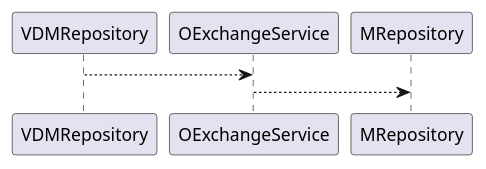
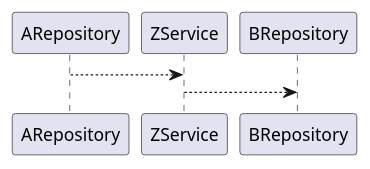
Before and after one commit to vjustov/vjustov.github.io: the first of 3 diagrams in _posts/_drafts/2021-03-25-on-annotations.md, drawn with PlantUML. The commit also changed other lines of this file, not shown here.

````diff
--- a/_posts/_drafts/2021-03-25-on-annotations.md
+++ b/_posts/_drafts/2021-03-25-on-annotations.md
@@ -21,6 +24,6 @@
 ```plantuml
 @startuml
-VDMRepository --> OExchangeService
-OExchangeService --> MRepository
+ARepository --> ZService
+ZService --> BRepository
 @enduml
 ```
````
